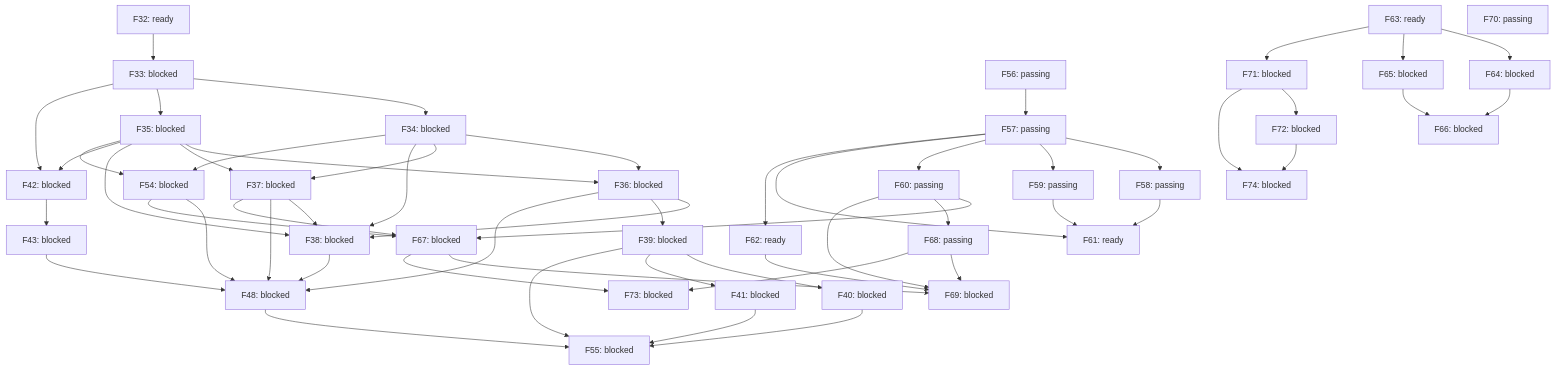
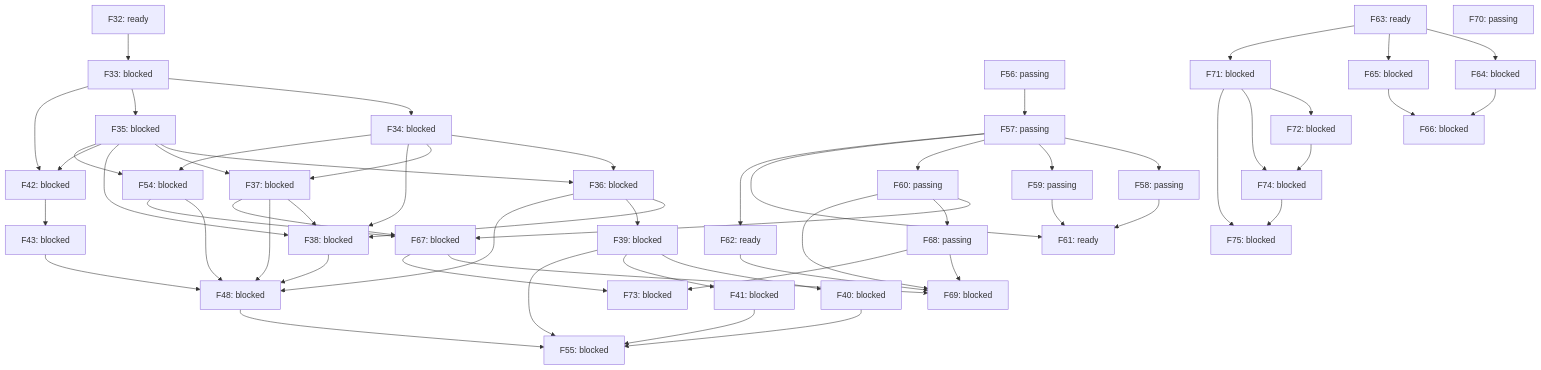
The diagram in docs/roadmap-graph.md (alex-nax/rengine), drawn with Mermaid before and after one commit. The commit also changed other lines of this file and 3 other files, not shown here.

````diff
--- a/docs/roadmap-graph.md
+++ b/docs/roadmap-graph.md
@@ -94,4 +94,7 @@
   F74["F74: blocked"]
   F71 --> F74
   F72 --> F74
+  F75["F75: blocked"]
+  F71 --> F75
+  F74 --> F75
 ```
````
